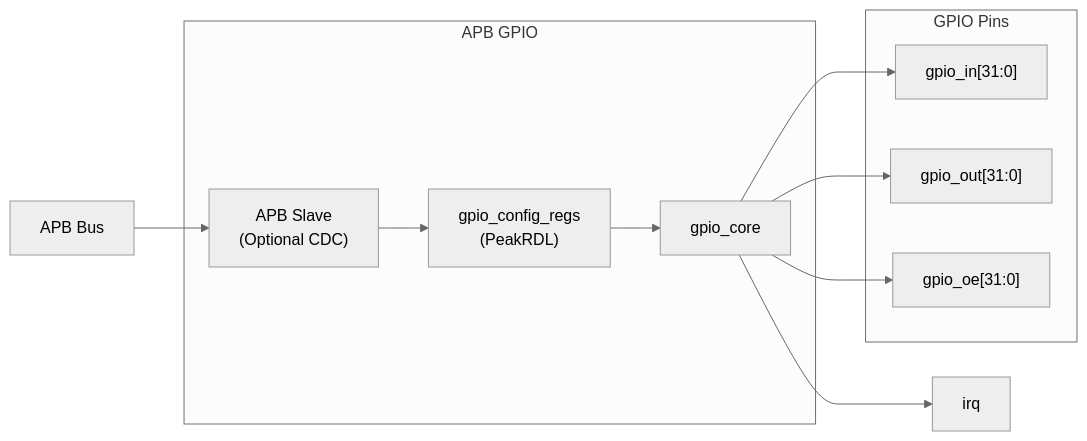
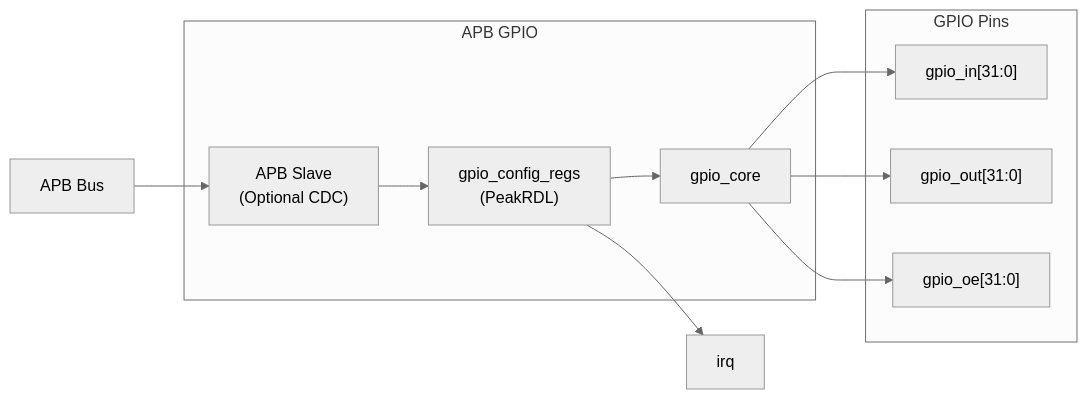
The diagram in projects/components/retro_legacy_blocks/docs/gpio_mas/assets/mermaid/gpio_block_diagram.mmd (sean-galloway/RTLDesignSherpa), drawn with Mermaid before and after one commit. The commit also changed 22 other files, not shown here.

```diff
--- a/projects/components/retro_legacy_blocks/docs/gpio_mas/assets/mermaid/gpio_block_diagram.mmd
+++ b/projects/components/retro_legacy_blocks/docs/gpio_mas/assets/mermaid/gpio_block_diagram.mmd
@@ -1,22 +1,22 @@
 %%{init: {'theme': 'neutral'}}%%
 flowchart LR
     subgraph APB_GPIO["APB GPIO"]
         APB["APB Slave<br/>(Optional CDC)"]
         REGS["gpio_config_regs<br/>(PeakRDL)"]
         CORE["gpio_core"]
     end
 
     BUS["APB Bus"] --> APB
     APB --> REGS
     REGS --> CORE
 
     subgraph PINS["GPIO Pins"]
         IN["gpio_in[31:0]"]
         OUT["gpio_out[31:0]"]
         OE["gpio_oe[31:0]"]
     end
 
     CORE --> IN
     CORE --> OUT
     CORE --> OE
-    CORE --> IRQ["irq"]
+    REGS --> IRQ["irq"]
```
